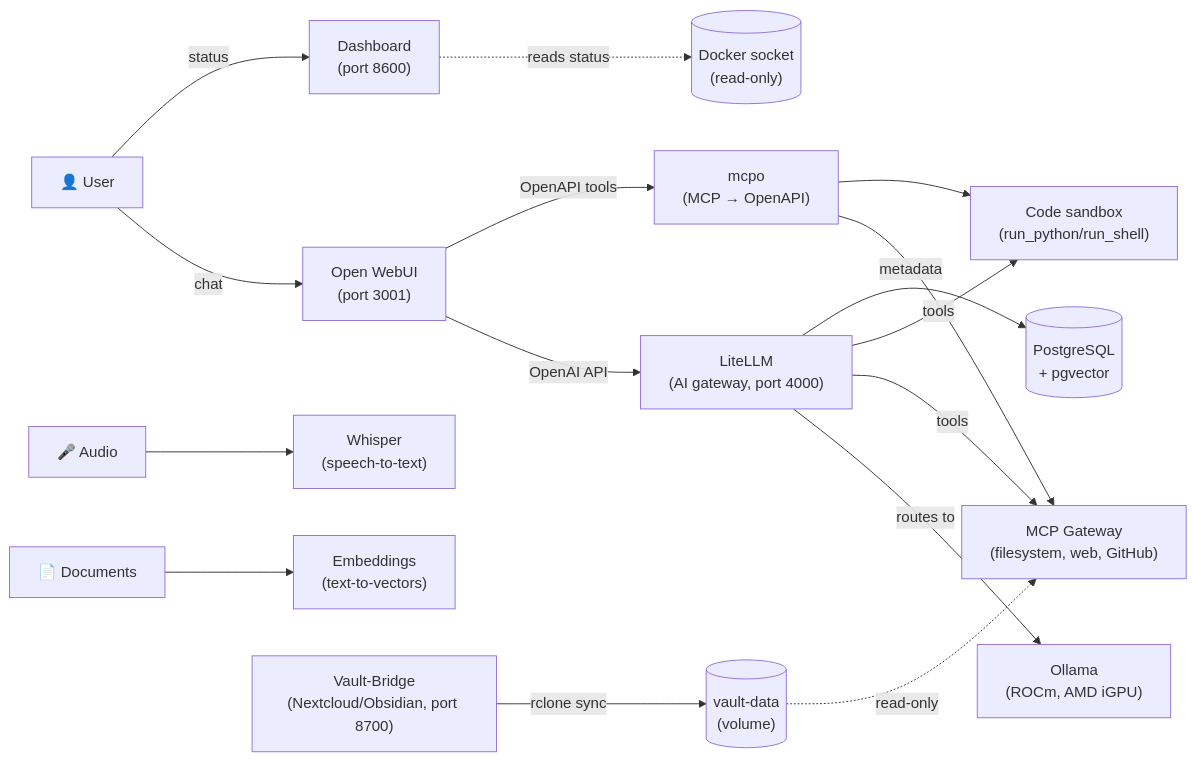
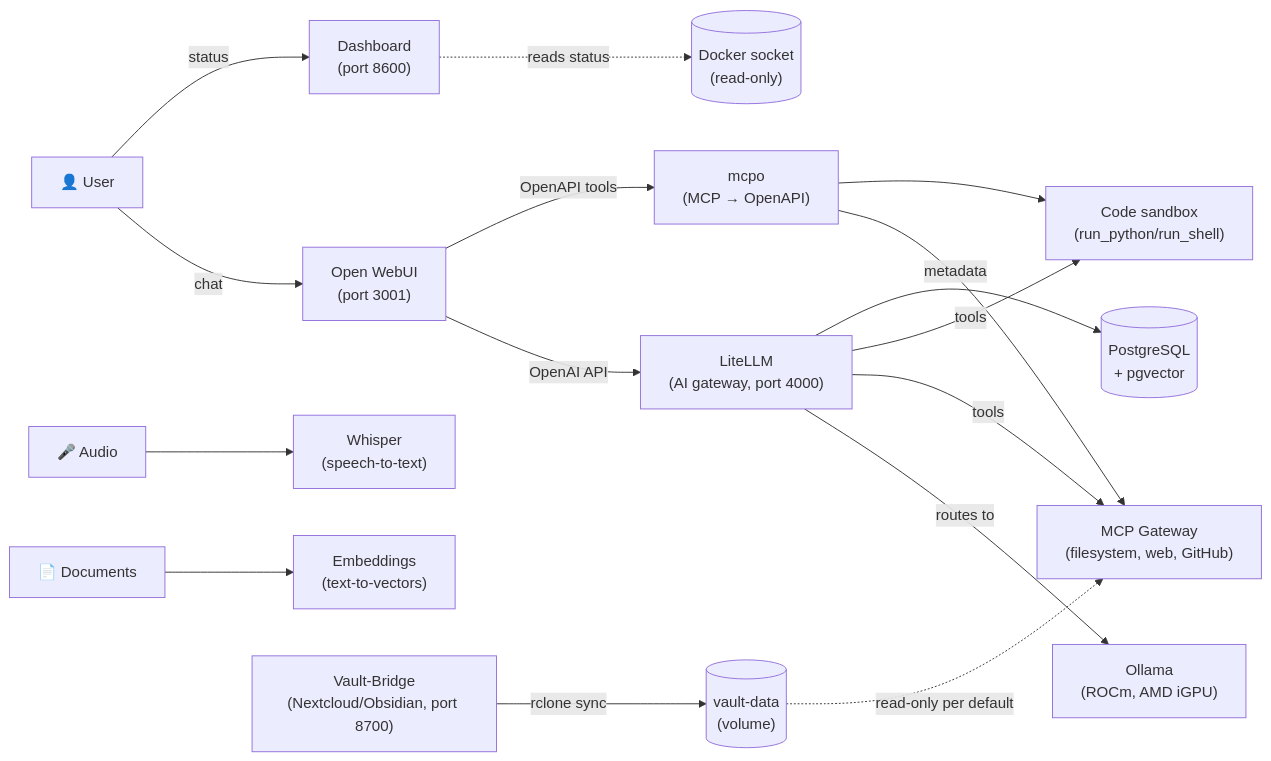
One commit to derBerliner1983/self-hosted-llm-stack changed the first of 2 diagrams in README-en.md. Above: the diagram before and after it, drawn with Mermaid. The commit also changed other lines of this file and 4 other files, not shown here.

````diff
--- a/README-en.md
+++ b/README-en.md
@@ -84,18 +84,18 @@
 ```mermaid
 graph LR
     U["👤 User"] -->|chat| W["Open WebUI<br/>(port 3001)"]
     U -->|status| DASH["Dashboard<br/>(port 8600)"]
     W -->|OpenAI API| L["LiteLLM<br/>(AI gateway, port 4000)"]
     W -->|OpenAPI tools| MO["mcpo<br/>(MCP → OpenAPI)"]
     L -->|routes to| O["Ollama<br/>(ROCm, AMD iGPU)"]
     L -->|tools| M["MCP Gateway<br/>(filesystem, web, GitHub)"]
     L -->|tools| S["Code sandbox<br/>(run_python/run_shell)"]
     MO --> M
     MO --> S
     L -->|metadata| DB[("PostgreSQL<br/>+ pgvector")]
     A["🎤 Audio"] --> WH["Whisper<br/>(speech-to-text)"]
     D["📄 Documents"] --> E["Embeddings<br/>(text-to-vectors)"]
     DASH -.->|reads status| SOCK[("Docker socket<br/>(read-only)")]
     VB["Vault-Bridge<br/>(Nextcloud/Obsidian, port 8700)"] -->|rclone sync| VD[("vault-data<br/>(volume)")]
-    VD -.->|read-only| M
+    VD -.->|read-only per default| M
 ```
````
